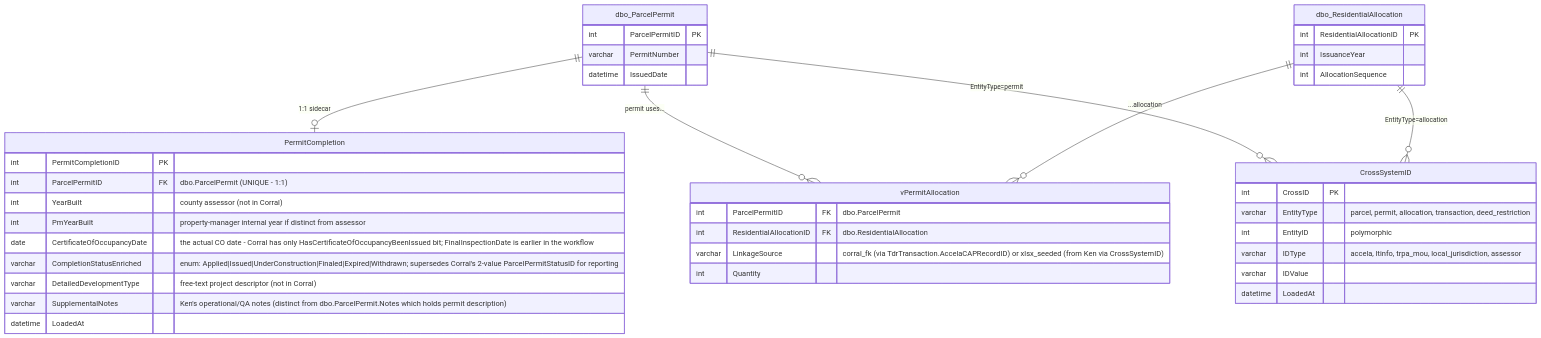
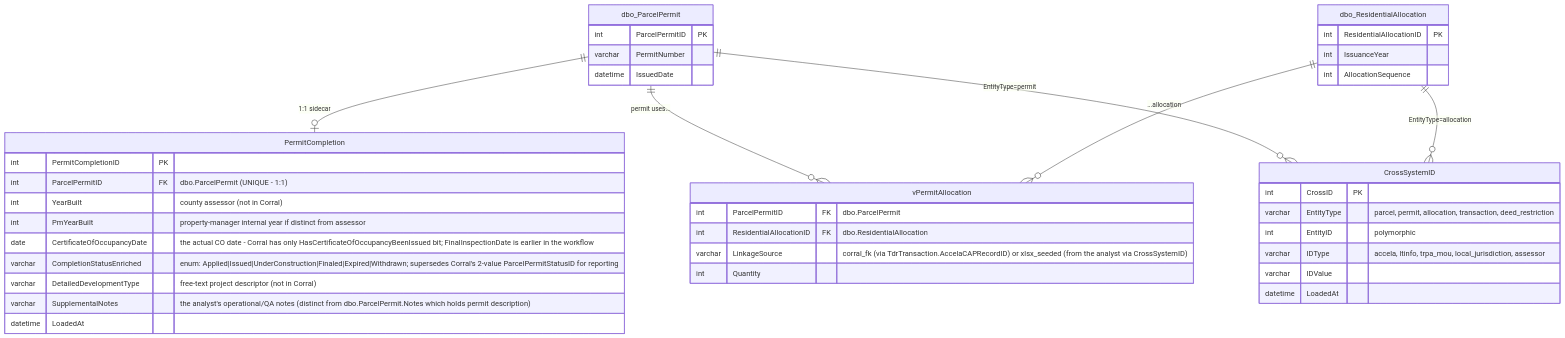
One commit to trpa-agency/Reporting changed the fourth of 5 diagrams in erd/target_schema.md. Above: the diagram before and after it, drawn with Mermaid. The commit also changed other lines of this file and 54 other files, not shown here.

````diff
--- a/erd/target_schema.md
+++ b/erd/target_schema.md
@@ -629,44 +629,44 @@
 ```mermaid
 erDiagram
     PermitCompletion {
         int PermitCompletionID PK
         int ParcelPermitID FK "dbo.ParcelPermit (UNIQUE - 1:1)"
         int YearBuilt "county assessor (not in Corral)"
         int PmYearBuilt "property-manager internal year if distinct from assessor"
         date CertificateOfOccupancyDate "the actual CO date - Corral has only HasCertificateOfOccupancyBeenIssued bit; FinalInspectionDate is earlier in the workflow"
         varchar CompletionStatusEnriched "enum: Applied|Issued|UnderConstruction|Finaled|Expired|Withdrawn; supersedes Corral's 2-value ParcelPermitStatusID for reporting"
         varchar DetailedDevelopmentType "free-text project descriptor (not in Corral)"
-        varchar SupplementalNotes "Ken's operational/QA notes (distinct from dbo.ParcelPermit.Notes which holds permit description)"
+        varchar SupplementalNotes "the analyst's operational/QA notes (distinct from dbo.ParcelPermit.Notes which holds permit description)"
         datetime LoadedAt
     }
     vPermitAllocation {
         int ParcelPermitID FK "dbo.ParcelPermit"
         int ResidentialAllocationID FK "dbo.ResidentialAllocation"
-        varchar LinkageSource "corral_fk (via TdrTransaction.AccelaCAPRecordID) or xlsx_seeded (from Ken via CrossSystemID)"
+        varchar LinkageSource "corral_fk (via TdrTransaction.AccelaCAPRecordID) or xlsx_seeded (from the analyst via CrossSystemID)"
         int Quantity
     }
     CrossSystemID {
         int CrossID PK
         varchar EntityType "parcel, permit, allocation, transaction, deed_restriction"
         int EntityID "polymorphic"
         varchar IDType "accela, ltinfo, trpa_mou, local_jurisdiction, assessor"
         varchar IDValue
         datetime LoadedAt
     }
     dbo_ParcelPermit {
         int ParcelPermitID PK
         varchar PermitNumber
         datetime IssuedDate
     }
     dbo_ResidentialAllocation {
         int ResidentialAllocationID PK
         int IssuanceYear
         int AllocationSequence
     }
 
     dbo_ParcelPermit             ||--o| PermitCompletion        : "1:1 sidecar"
     dbo_ParcelPermit             ||--o{ vPermitAllocation       : "permit uses..."
     dbo_ResidentialAllocation    ||--o{ vPermitAllocation       : "...allocation"
     dbo_ParcelPermit             ||--o{ CrossSystemID           : "EntityType=permit"
     dbo_ResidentialAllocation    ||--o{ CrossSystemID           : "EntityType=allocation"
 ```
````
